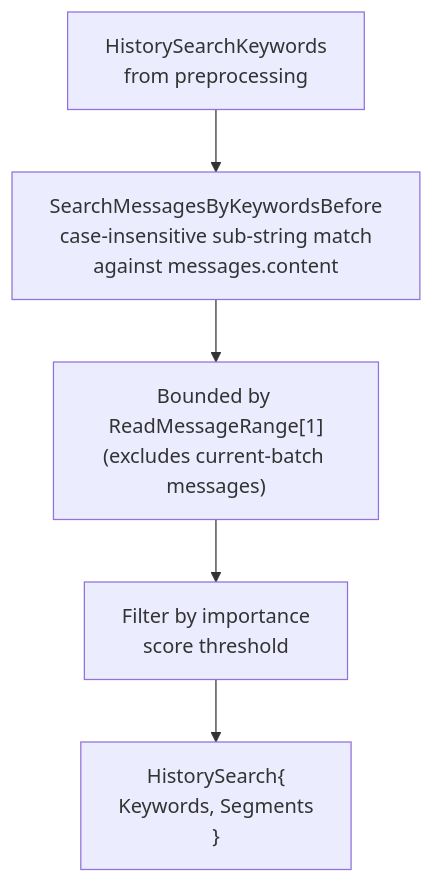
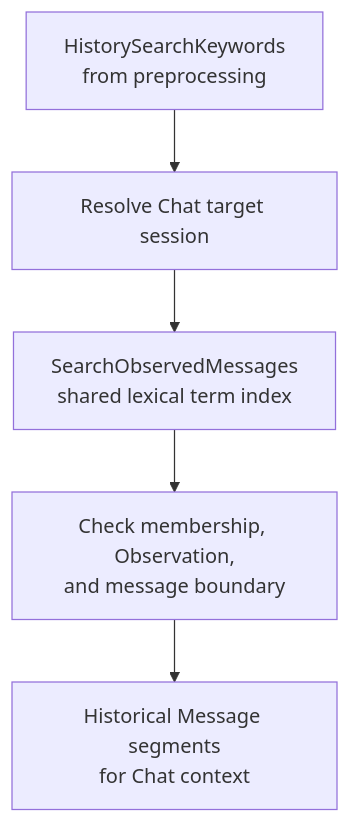
Before and after one commit to KoanJan/qingqiu-world: the fifth of 9 diagrams in doc/engineering_implements/context-engineering-pipeline.md, drawn with Mermaid. The commit also changed other lines of this file and 83 other files, not shown here.

````diff
--- a/doc/engineering_implements/context-engineering-pipeline.md
+++ b/doc/engineering_implements/context-engineering-pipeline.md
@@ -130,7 +131,7 @@
 ```mermaid
 flowchart TD
-    KW["HistorySearchKeywords<br/>from preprocessing"] --> Search["SearchMessagesByKeywordsBefore<br/>case-insensitive sub-string match<br/>against messages.content"]
-    Search --> Bound["Bounded by ReadMessageRange[1]<br/>(excludes current-batch messages)"]
-    Bound --> Filter["Filter by importance<br/>score threshold"]
-    Filter --> Output["HistorySearch{<br/>  Keywords, Segments<br/>}"]
+    KW["HistorySearchKeywords<br/>from preprocessing"] --> Target["Resolve Chat target session"]
+    Target --> Search["SearchObservedMessages<br/>shared lexical term index"]
+    Search --> Bound["Check membership, Observation,<br/>and message boundary"]
+    Bound --> Output["Historical Message segments<br/>for Chat context"]
 ```
````
